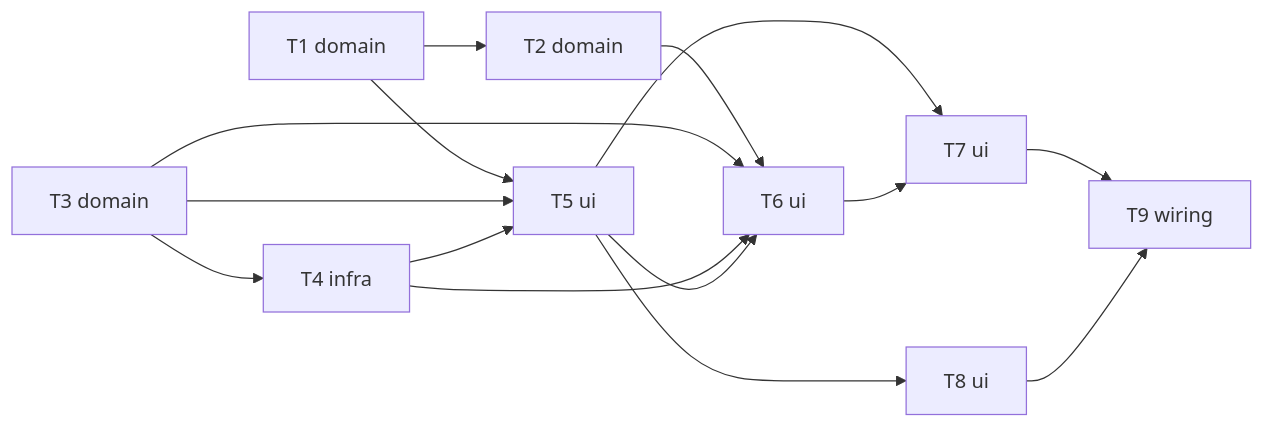
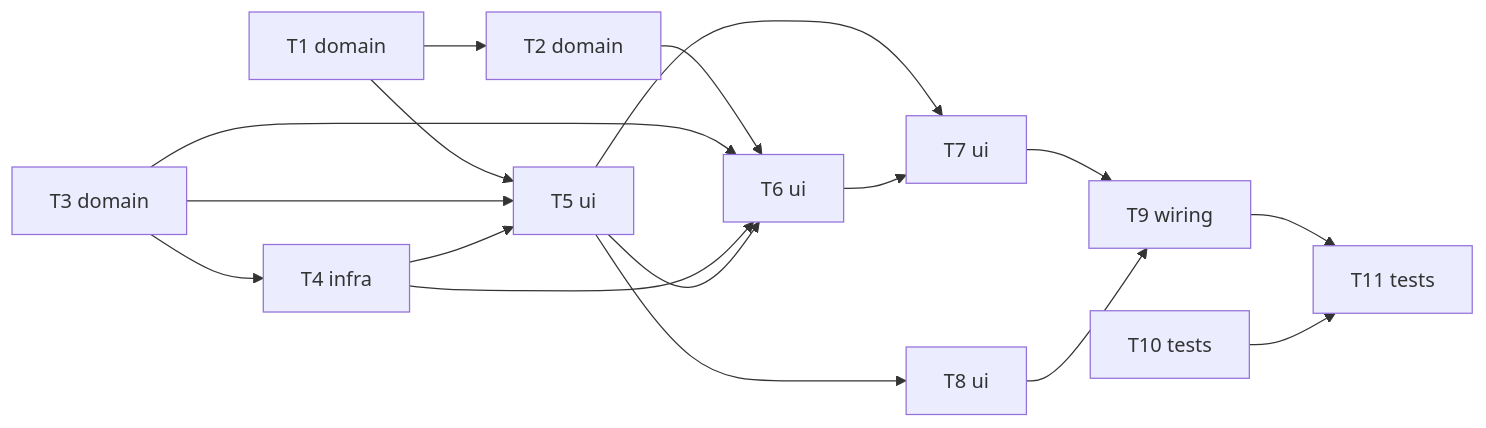
One commit to skush/pomodoro changed the diagram in docs/features/adjustable-durations/tasks/_epic.md. Above: the diagram before and after it, drawn with Mermaid. The commit also changed other lines of this file and 5 other files, not shown here.

````diff
--- a/docs/features/adjustable-durations/tasks/_epic.md
+++ b/docs/features/adjustable-durations/tasks/_epic.md
@@ -16,26 +16,30 @@
 ```mermaid
 flowchart LR
     T1[T1 domain]
     T2[T2 domain]
     T3[T3 domain]
     T4[T4 infra]
     T5[T5 ui]
     T6[T6 ui]
     T7[T7 ui]
     T8[T8 ui]
     T9[T9 wiring]
+    T10[T10 tests]
+    T11[T11 tests]
     T1 --> T2
     T3 --> T4
     T1 --> T5
     T3 --> T5
     T4 --> T5
     T2 --> T6
     T3 --> T6
     T4 --> T6
     T5 --> T6
     T5 --> T7
     T6 --> T7
     T5 --> T8
     T7 --> T9
     T8 --> T9
+    T9 --> T11
+    T10 --> T11
 ```
````
